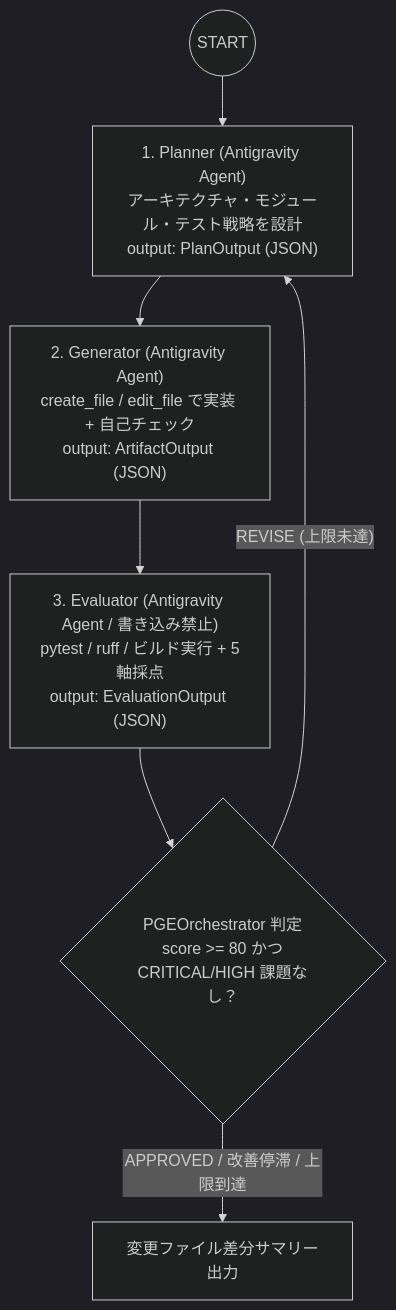
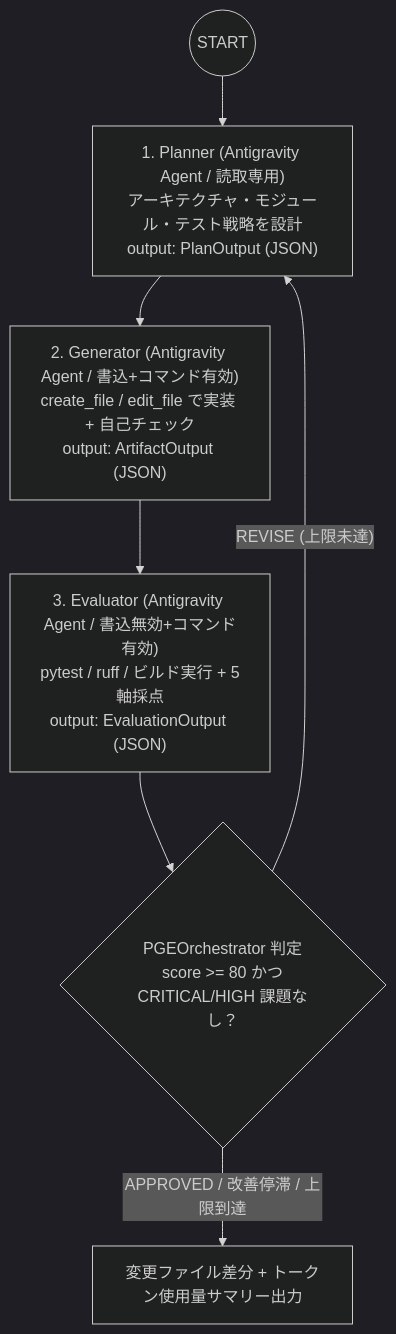
One commit to tyorikan/agent-design-patterns changed the diagram in patterns/agentic_pipeline/README.md. Above: the diagram before and after it, drawn with Mermaid (dark theme). The commit also changed other lines of this file and 8 other files, not shown here.

````diff
--- a/patterns/agentic_pipeline/README.md
+++ b/patterns/agentic_pipeline/README.md
@@ -9,9 +9,9 @@
 ```mermaid
 flowchart TD
-    START(("START")) --> P["1. Planner (Antigravity Agent)<br/>アーキテクチャ・モジュール・テスト戦略を設計<br/>output: PlanOutput (JSON)"]
-    P --> G["2. Generator (Antigravity Agent)<br/>create_file / edit_file で実装 + 自己チェック<br/>output: ArtifactOutput (JSON)"]
-    G --> E["3. Evaluator (Antigravity Agent / 書き込み禁止)<br/>pytest / ruff / ビルド実行 + 5軸採点<br/>output: EvaluationOutput (JSON)"]
+    START(("START")) --> P["1. Planner (Antigravity Agent / 読取専用)<br/>アーキテクチャ・モジュール・テスト戦略を設計<br/>output: PlanOutput (JSON)"]
+    P --> G["2. Generator (Antigravity Agent / 書込+コマンド有効)<br/>create_file / edit_file で実装 + 自己チェック<br/>output: ArtifactOutput (JSON)"]
+    G --> E["3. Evaluator (Antigravity Agent / 書込無効+コマンド有効)<br/>pytest / ruff / ビルド実行 + 5軸採点<br/>output: EvaluationOutput (JSON)"]
     E --> D{"PGEOrchestrator 判定<br/>score >= 80 かつ<br/>CRITICAL/HIGH 課題なし？"}
     D -->|"REVISE (上限未達)"| P
-    D -->|"APPROVED / 改善停滞 / 上限到達"| SUM["変更ファイル差分サマリー出力"]
+    D -->|"APPROVED / 改善停滞 / 上限到達"| SUM["変更ファイル差分 + トークン使用量サマリー出力"]
 ```
````
